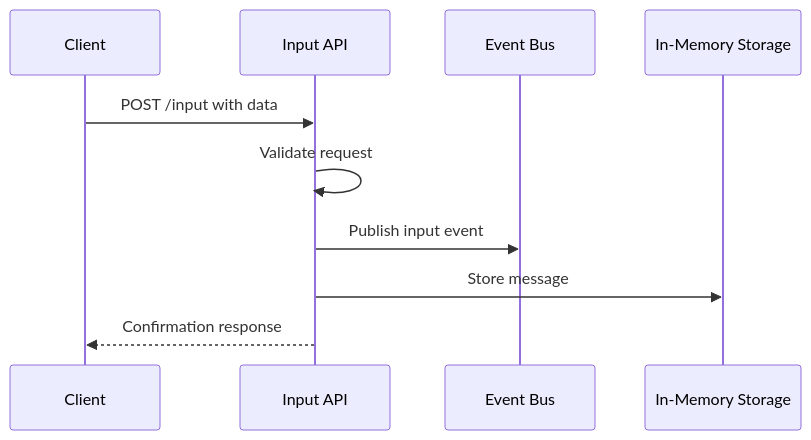
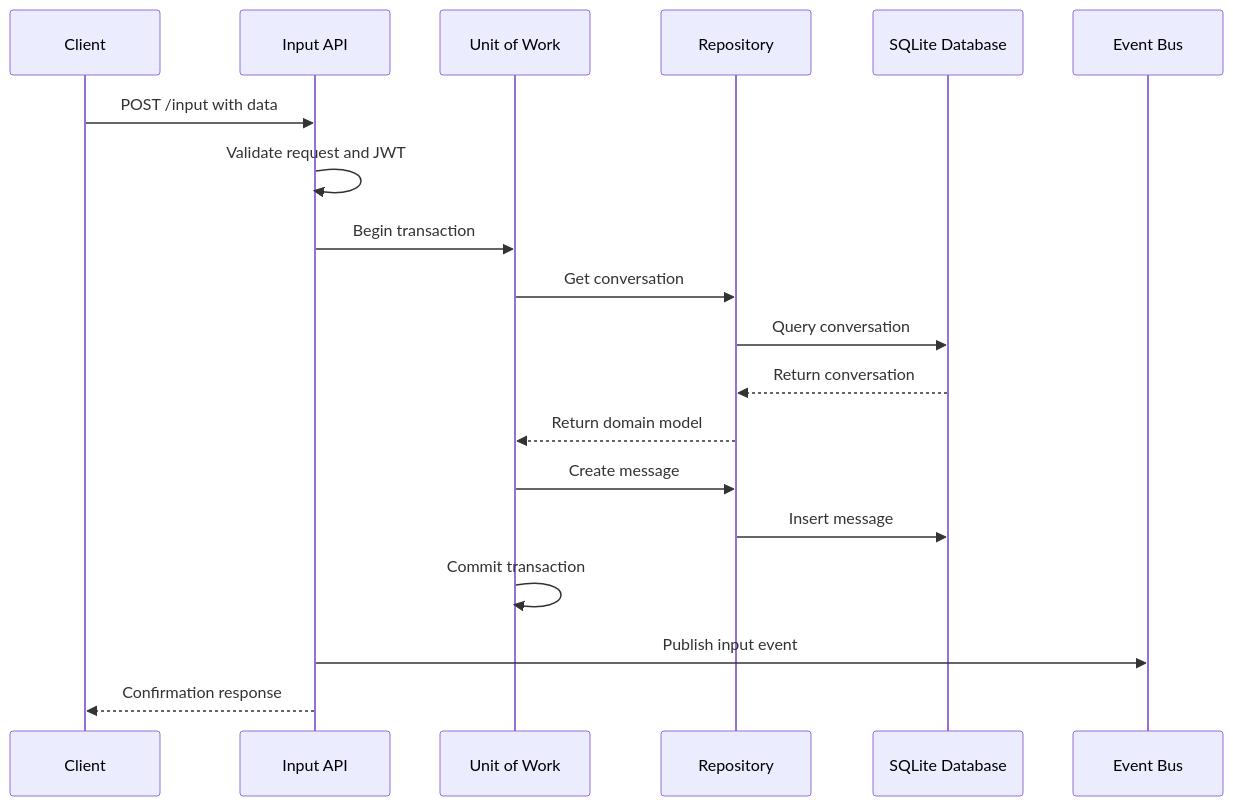
The second of 3 diagrams in cortex/cortex-core/docs/DEVELOPMENT_GUIDE.md (bkrabach/semanticworkbench), drawn with Mermaid before and after one commit. The commit also changed other lines of this file and 5 other files, not shown here.

````diff
--- a/cortex/cortex-core/docs/DEVELOPMENT_GUIDE.md
+++ b/cortex/cortex-core/docs/DEVELOPMENT_GUIDE.md
@@ -273,13 +317,22 @@
 ```mermaid
 sequenceDiagram
     participant Client
     participant InputAPI as Input API
+    participant UoW as Unit of Work
+    participant Repo as Repository
+    participant DB as SQLite Database
     participant EventBus as Event Bus
-    participant Storage as In-Memory Storage
 
     Client->>InputAPI: POST /input with data
-    InputAPI->>InputAPI: Validate request
+    InputAPI->>InputAPI: Validate request and JWT
+    InputAPI->>UoW: Begin transaction
+    UoW->>Repo: Get conversation
+    Repo->>DB: Query conversation
+    DB-->>Repo: Return conversation
+    Repo-->>UoW: Return domain model
+    UoW->>Repo: Create message
+    Repo->>DB: Insert message
+    UoW->>UoW: Commit transaction
     InputAPI->>EventBus: Publish input event
-    InputAPI->>Storage: Store message
     InputAPI-->>Client: Confirmation response
 ```
````
